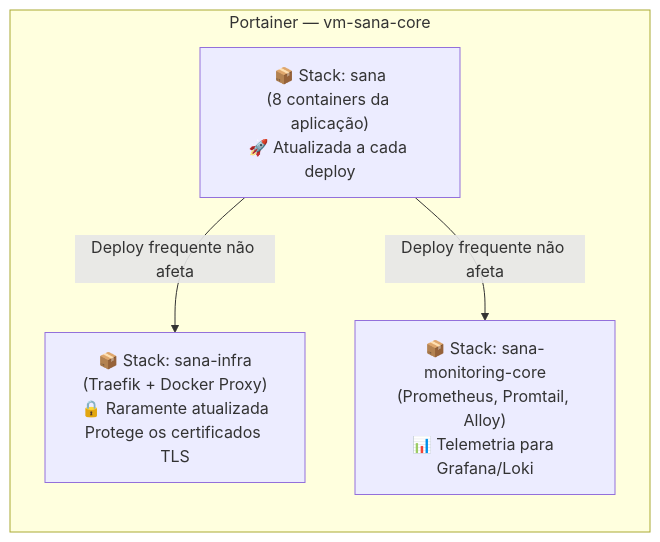
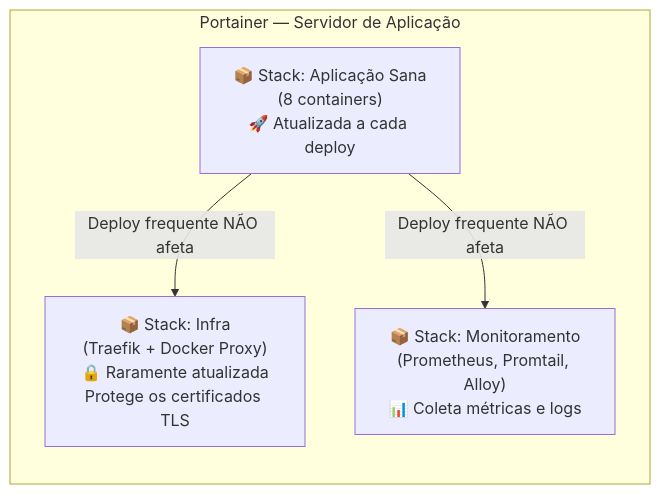
Before and after one commit to rofilho/cloud: the second of 5 diagrams in content/Aula 11.5 - Pratica CI CD e Arquitetura Cloud - Estudo de Caso.md, drawn with Mermaid. The commit also changed other lines of this file, not shown here.

````diff
--- a/content/Aula 11.5 - Pratica CI CD e Arquitetura Cloud - Estudo de Caso.md
+++ b/content/Aula 11.5 - Pratica CI CD e Arquitetura Cloud - Estudo de Caso.md
@@ -125,10 +131,17 @@
 ```mermaid
 graph LR
-    subgraph "Portainer — vm-sana-core"
-        A["📦 Stack: sana-infra\n(Traefik + Docker Proxy)\n🔒 Raramente atualizada\nProtege os certificados TLS"]
-        B["📦 Stack: sana-monitoring-core\n(Prometheus, Promtail, Alloy)\n📊 Telemetria para Grafana/Loki"]
-        C["📦 Stack: sana\n(8 containers da aplicação)\n🚀 Atualizada a cada deploy"]
+    subgraph "Portainer — Servidor de Aplicação"
+        A["📦 Stack: Infra
+(Traefik + Docker Proxy)
+🔒 Raramente atualizada
+Protege os certificados TLS"]
+        B["📦 Stack: Monitoramento
+(Prometheus, Promtail, Alloy)
+📊 Coleta métricas e logs"]
+        C["📦 Stack: Aplicação Sana
+(8 containers)
+🚀 Atualizada a cada deploy"]
     end
-    C -->|"Deploy frequente não afeta"| A
-    C -->|"Deploy frequente não afeta"| B
+    C -->|"Deploy frequente NÃO afeta"| A
+    C -->|"Deploy frequente NÃO afeta"| B
 ```
````
